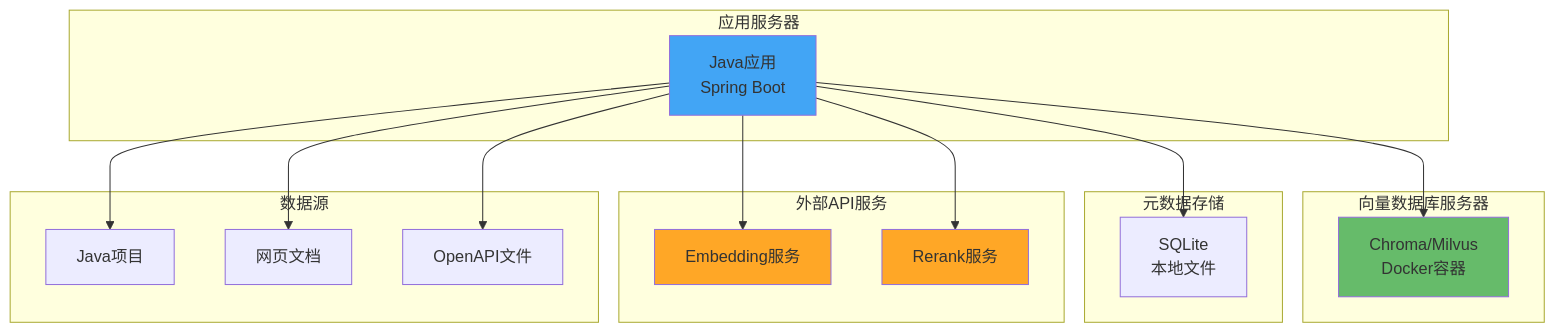
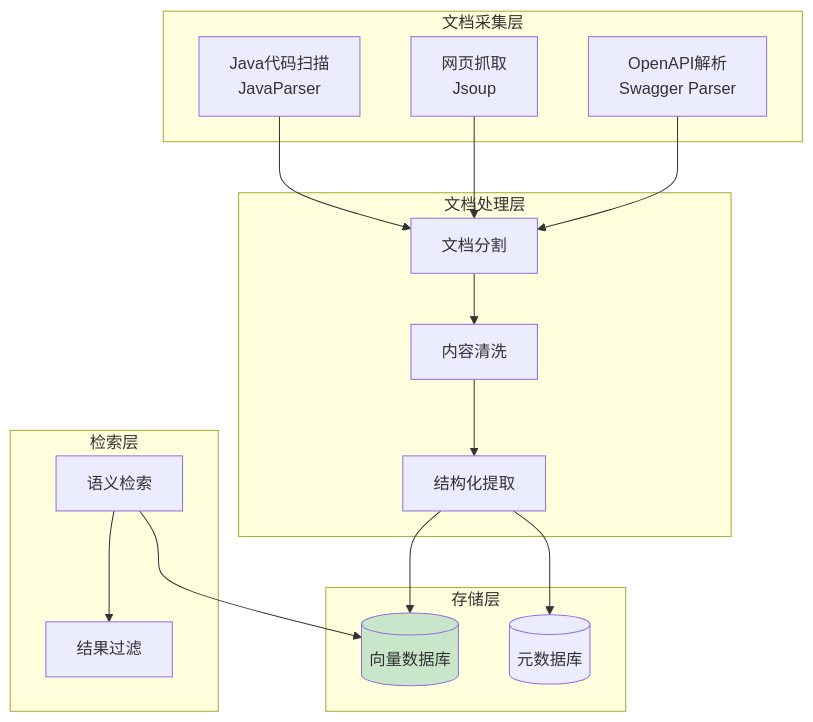
The seventh of 7 diagrams in docs/ARCHITECTURE.md (GuIIWen/ascend_cloud_agent), drawn with Mermaid before and after one commit. The commit also changed other lines of this file and 39 other files, not shown here.

````diff
--- a/docs/ARCHITECTURE.md
+++ b/docs/ARCHITECTURE.md
@@ -191,38 +354,36 @@
 ```mermaid
 graph TB
-    subgraph "应用服务器"
-        App[Java应用<br/>Spring Boot]
+    subgraph "文档采集层"
+        JavaScanner[Java代码扫描<br/>JavaParser]
+        WebCrawler[网页抓取<br/>Jsoup]
+        OpenAPILoader[OpenAPI解析<br/>Swagger Parser]
     end
 
-    subgraph "向量数据库服务器"
-        VDB[Chroma/Milvus<br/>Docker容器]
+    subgraph "文档处理层"
+        Splitter[文档分割]
+        Cleaner[内容清洗]
+        Extractor[结构化提取]
     end
 
-    subgraph "元数据存储"
-        Meta[SQLite<br/>本地文件]
+    subgraph "存储层"
+        VectorDB[(向量数据库)]
+        MetaDB[(元数据库)]
     end
 
-    subgraph "外部API服务"
-        Embed[Embedding服务]
-        Rerank[Rerank服务]
+    subgraph "检索层"
+        Retriever[语义检索]
+        Filter[结果过滤]
     end
 
-    subgraph "数据源"
-        Code[Java项目]
-        Web[网页文档]
-        API[OpenAPI文件]
-    end
+    JavaScanner --> Splitter
+    WebCrawler --> Splitter
+    OpenAPILoader --> Splitter
+    Splitter --> Cleaner
+    Cleaner --> Extractor
+    Extractor --> VectorDB
+    Extractor --> MetaDB
+    Retriever --> VectorDB
+    Retriever --> Filter
 
-    App --> VDB
-    App --> Meta
-    App --> Embed
-    App --> Rerank
-    App --> Code
-    App --> Web
-    App --> API
-
-    style App fill:#42a5f5
-    style VDB fill:#66bb6a
-    style Embed fill:#ffa726
-    style Rerank fill:#ffa726
+    style VectorDB fill:#c8e6c9
 ```
````
